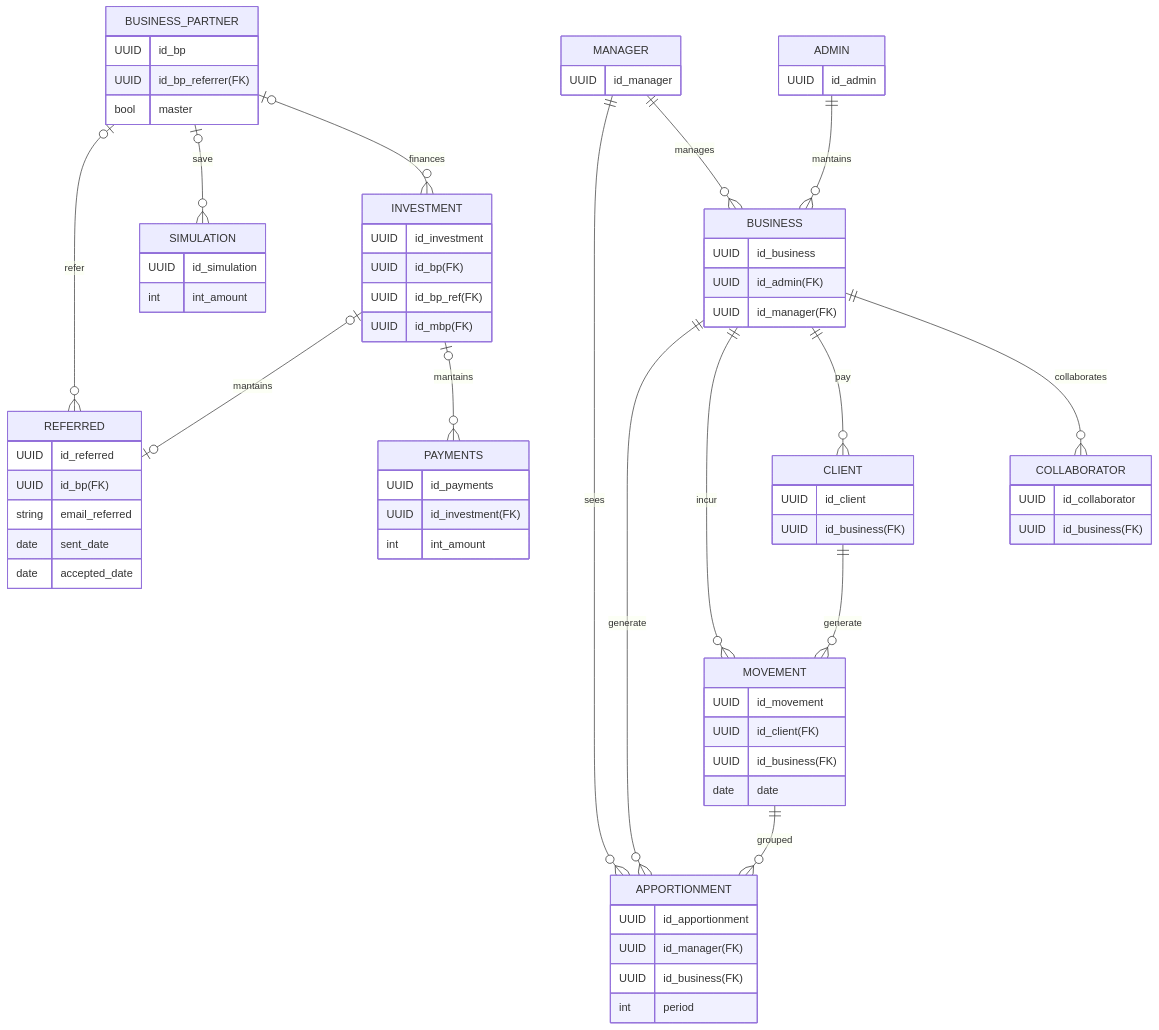
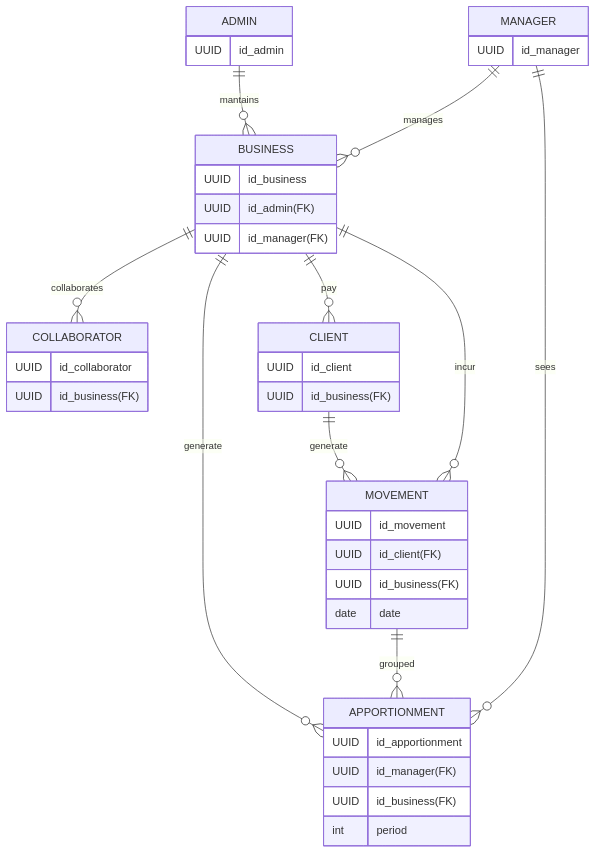
The first of 2 diagrams in Entity–relationship-model.md (git-jrm/management-system), drawn with Mermaid before and after one commit.

````diff
--- a/Entity–relationship-model.md
+++ b/Entity–relationship-model.md
@@ -3,77 +3,43 @@
 ```mermaid
 erDiagram
     ADMIN ||--o{ BUSINESS : mantains
     BUSINESS ||--o{ COLLABORATOR : collaborates
     BUSINESS ||--o{ CLIENT : pay
     MANAGER ||--o{ BUSINESS : manages
     CLIENT ||--o{ MOVEMENT : generate
     BUSINESS ||--o{ MOVEMENT : incur
     BUSINESS ||--o{ APPORTIONMENT : generate
     MOVEMENT ||--o{ APPORTIONMENT : grouped
     MANAGER ||--o{ APPORTIONMENT : sees
     ADMIN {
         UUID id_admin
     }
     MANAGER {
         UUID id_manager
     }
     BUSINESS {
         UUID id_business
         UUID id_admin(FK)
         UUID id_manager(FK)
     }
     COLLABORATOR {
         UUID id_collaborator
         UUID id_business(FK)
     }
     APPORTIONMENT{ 
         UUID id_apportionment
         UUID id_manager(FK)
         UUID id_business(FK)
         int period
     }
     CLIENT {
         UUID id_client
         UUID id_business(FK)
     }
     MOVEMENT {
         UUID id_movement
         UUID id_client(FK)
         UUID id_business(FK)
         date date
     }
-    
-    BUSINESS_PARTNER |o--o{ INVESTMENT : finances
-    BUSINESS_PARTNER |o--o{ SIMULATION : save
-    BUSINESS_PARTNER |o--o{ REFERRED : refer
-    INVESTMENT |o--o{ PAYMENTS : mantains
-    INVESTMENT |o--o| REFERRED : mantains
-    BUSINESS_PARTNER {
-        UUID id_bp
-        UUID id_bp_referrer(FK)
-        bool master
-    }
-    INVESTMENT {
-        UUID id_investment
-        UUID id_bp(FK)
-        UUID id_bp_ref(FK)
-        UUID id_mbp(FK)
-    }
-    REFERRED {
-        UUID id_referred
-        UUID id_bp(FK)
-        string email_referred
-        date sent_date
-        date accepted_date
-    }
-    PAYMENTS {
-        UUID id_payments
-        UUID id_investment(FK)
-        int int_amount
-    }
-    SIMULATION {
-        UUID id_simulation
-        int int_amount
-    }
-
 ```
````
